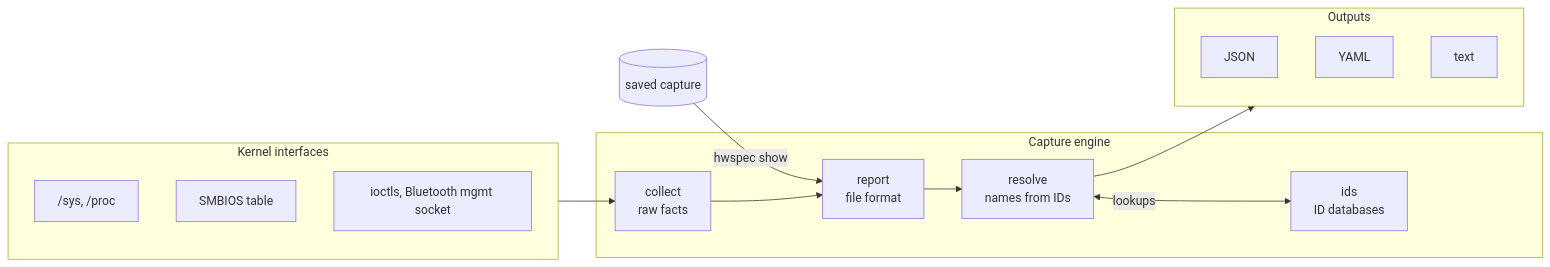
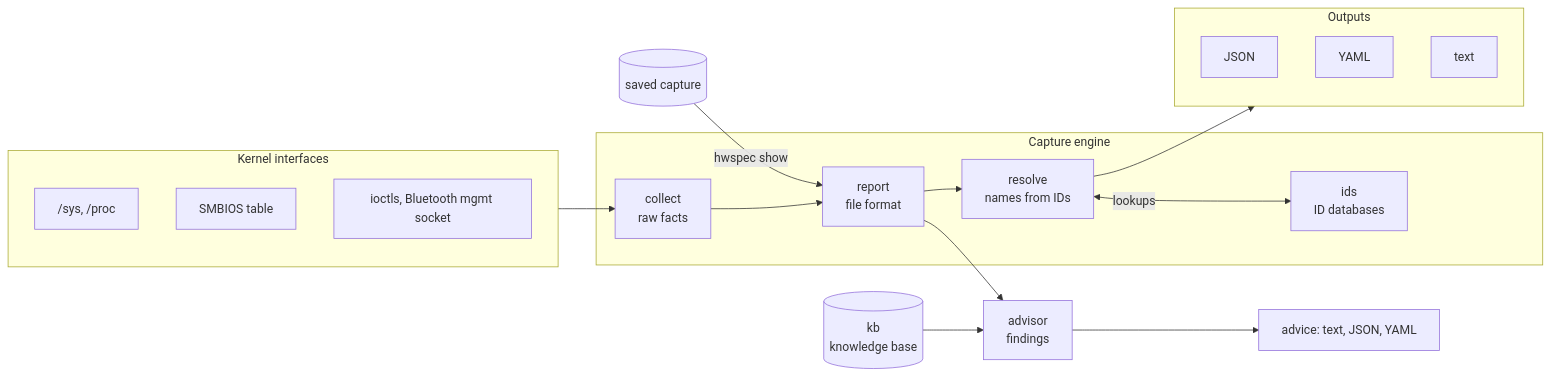
One commit to jiegui2025/hwspec changed the first of 3 diagrams in ARCHITECTURE.md. Above: the diagram before and after it, drawn with Mermaid. The commit also changed other lines of this file and 15 other files, not shown here.

````diff
--- a/ARCHITECTURE.md
+++ b/ARCHITECTURE.md
@@ -7,22 +7,25 @@
 ```mermaid
 flowchart LR
   subgraph kernel["Kernel interfaces"]
     sys["/sys, /proc"]
     smb[SMBIOS table]
     io["ioctls, Bluetooth mgmt socket"]
   end
   subgraph engine["Capture engine"]
     collect["collect<br/>raw facts"]
     report["report<br/>file format"]
     resolve["resolve<br/>names from IDs"]
     ids["ids<br/>ID databases"]
   end
   subgraph out["Outputs"]
     json[JSON]
     yaml[YAML]
     text[text]
   end
   saved[(saved capture)] -->|hwspec show| report
   kernel --> collect --> report --> resolve --> out
   resolve <-->|lookups| ids
+  report --> advisor["advisor<br/>findings"]
+  kb[("kb<br/>knowledge base")] --> advisor
+  advisor --> advice["advice: text, JSON, YAML"]
 ```
````
